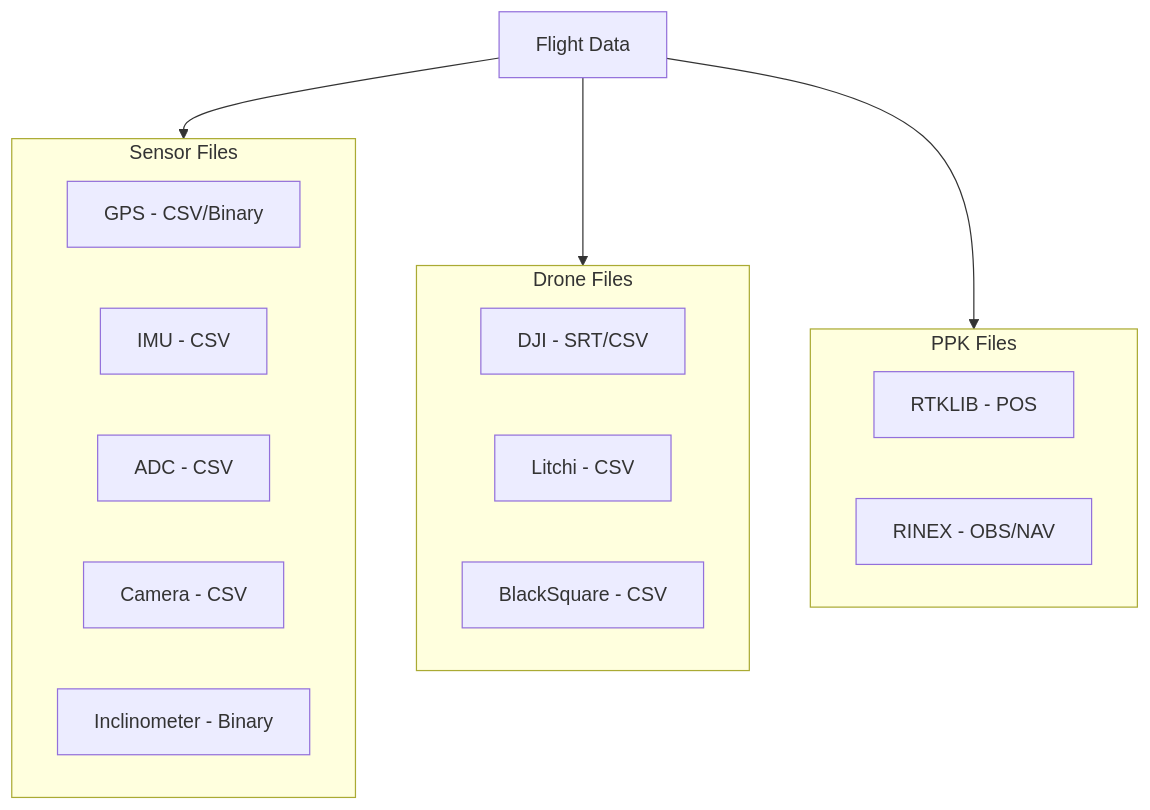
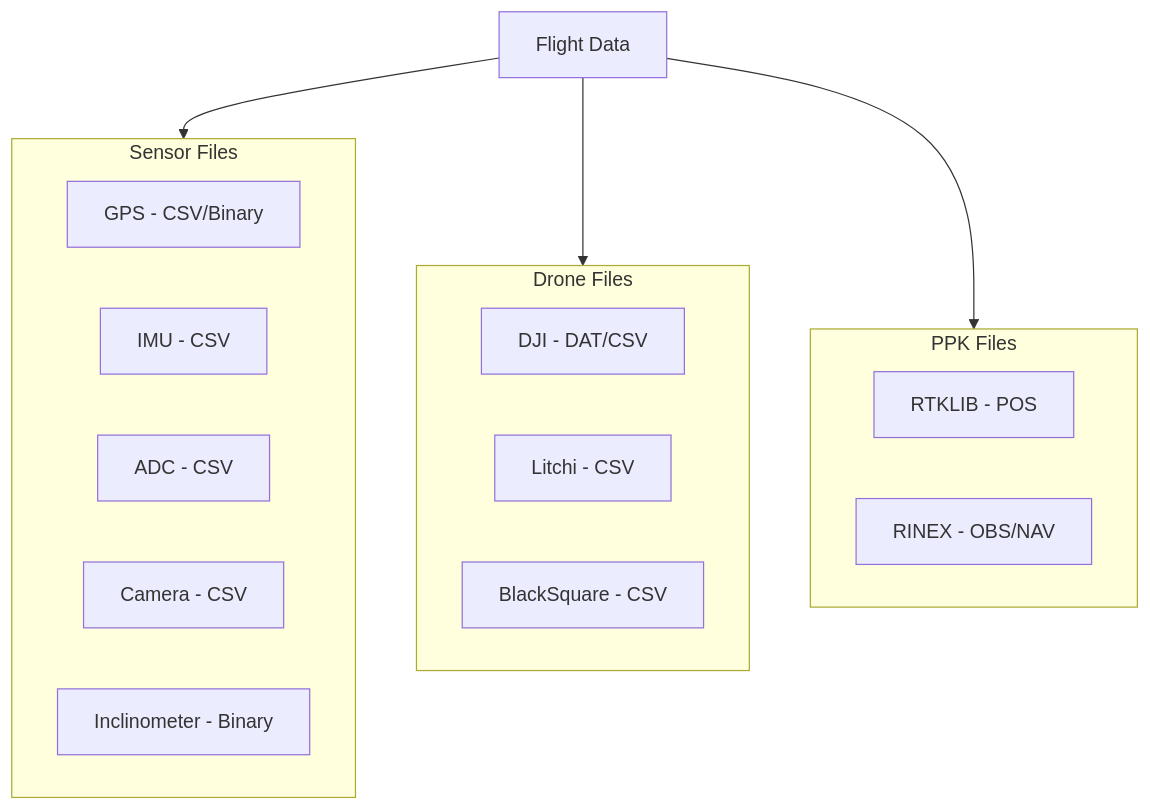
The diagram in docs/data-formats/index.md (POLOCALC/data_loader), drawn with Mermaid before and after one commit. The commit also changed 45 other files, not shown here.

````diff
--- a/docs/data-formats/index.md
+++ b/docs/data-formats/index.md
@@ -9,27 +9,27 @@
 ```mermaid
 graph TD
     A[Flight Data]
 
     subgraph Sensor_Files [Sensor Files]
         B1[GPS - CSV/Binary]
         B2[IMU - CSV]
         B3[ADC - CSV]
         B4[Camera - CSV]
         B5[Inclinometer - Binary]
     end
 
     subgraph Drone_Files [Drone Files]
-        C1[DJI - SRT/CSV]
+        C1[DJI - DAT/CSV]
         C2[Litchi - CSV]
         C3[BlackSquare - CSV]
     end
 
     subgraph PPK_Files [PPK Files]
         D1[RTKLIB - POS]
         D2[RINEX - OBS/NAV]
     end
 
     A --> Sensor_Files
     A --> Drone_Files
     A --> PPK_Files
 ```
````
